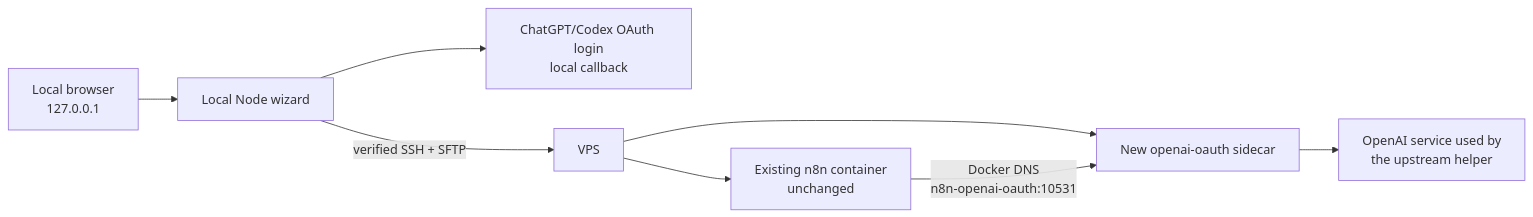
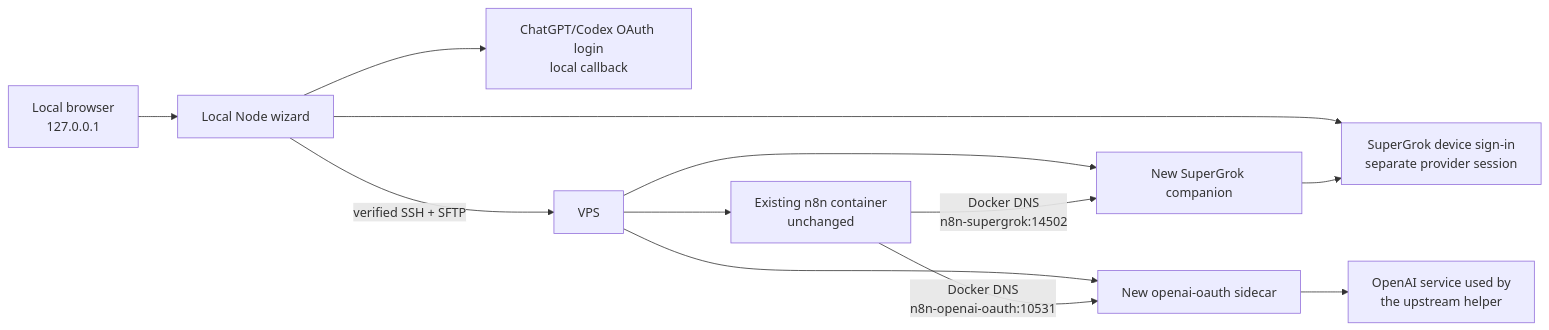
The first of 2 diagrams in docs/architecture.md (Demonbane18/relmio), drawn with Mermaid before and after one commit. The commit also changed other lines of this file and 39 other files, not shown here.

````diff
--- a/docs/architecture.md
+++ b/docs/architecture.md
@@ -9,10 +10,14 @@
 ```mermaid
 flowchart LR
   B["Local browser<br>127.0.0.1"] --> W["Local Node wizard"]
   W --> O["ChatGPT/Codex OAuth login<br>local callback"]
+  W --> G["SuperGrok device sign-in<br>separate provider session"]
   W -->|verified SSH + SFTP| V["VPS"]
   V --> N["Existing n8n container<br>unchanged"]
   V --> S["New openai-oauth sidecar"]
   N -->|Docker DNS<br>n8n-openai-oauth:10531| S
   S --> C["OpenAI service used by<br>the upstream helper"]
+  V --> Q["New SuperGrok companion"]
+  N -->|"Docker DNS<br>n8n-supergrok:14502"| Q
+  Q --> G
 ```
````
